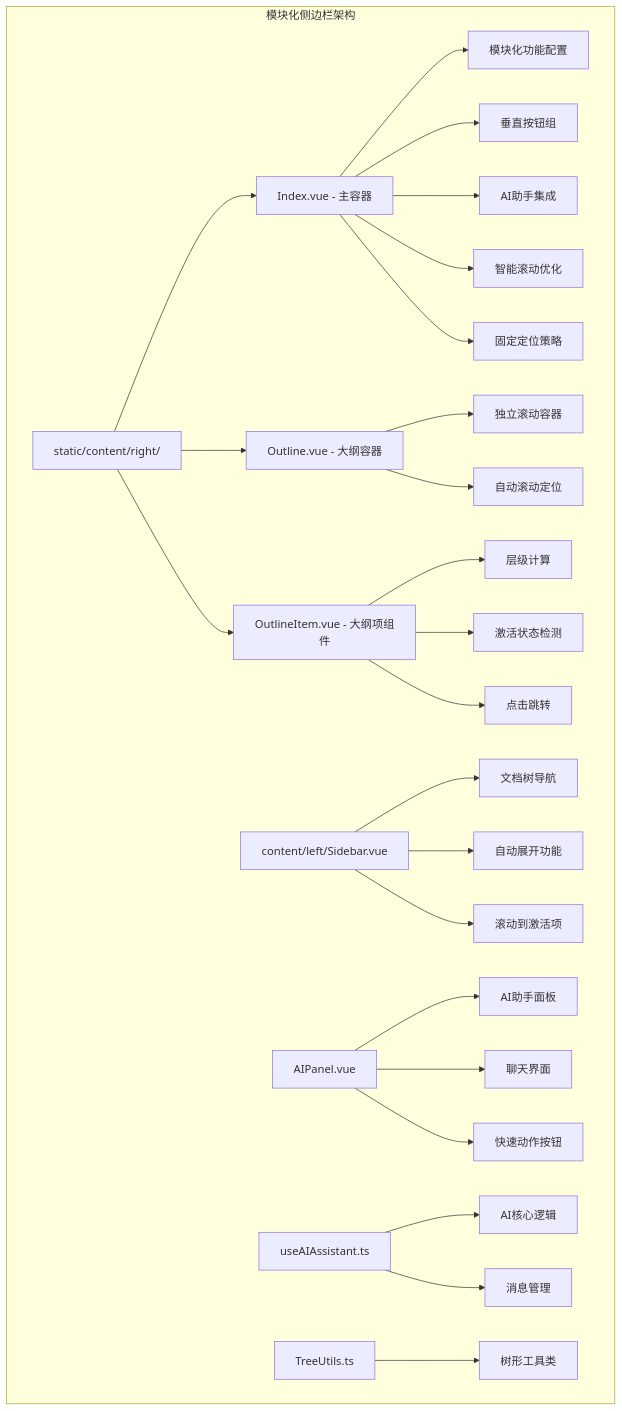
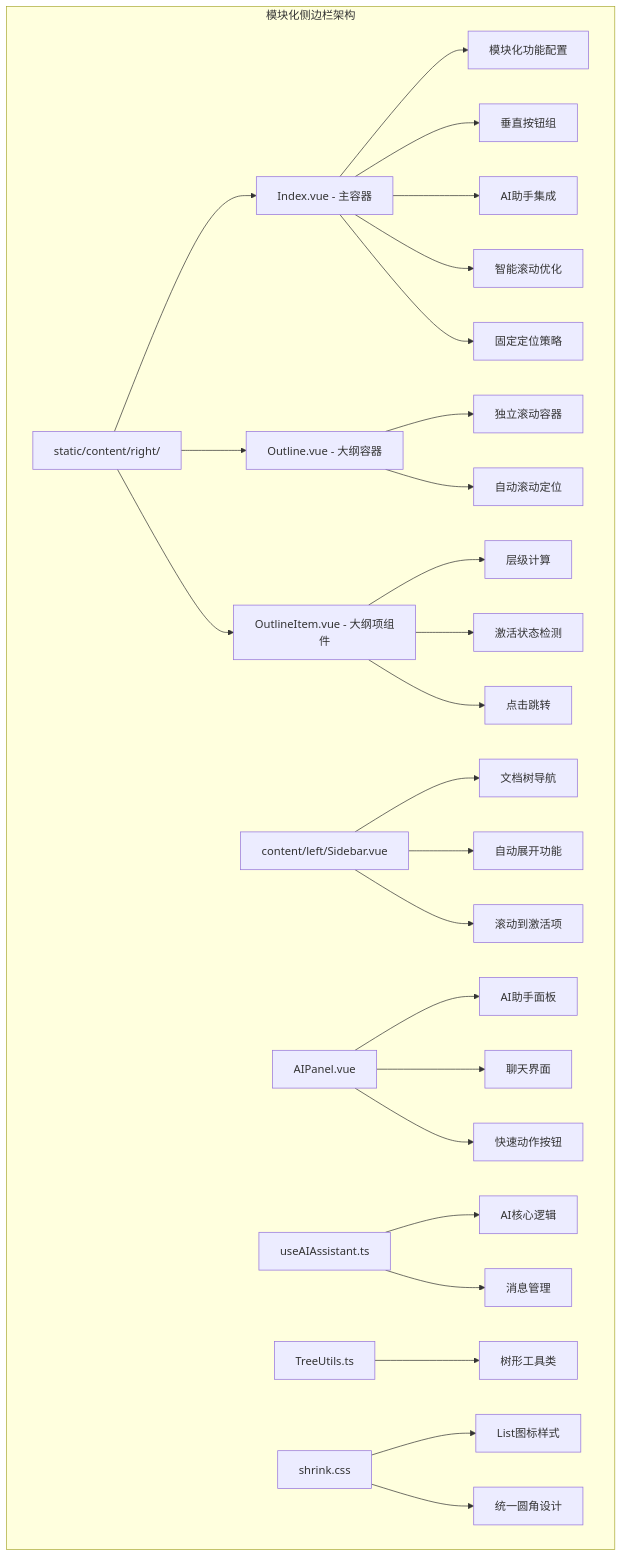
The first of 8 diagrams in .qoder/repowiki/zh/content/Outline System.md (terwer/siyuan-plugin-blog), drawn with Mermaid before and after one commit. The commit also changed other lines of this file and 3 other files, not shown here.

````diff
--- a/.qoder/repowiki/zh/content/Outline System.md
+++ b/.qoder/repowiki/zh/content/Outline System.md
@@ -63,27 +63,29 @@
 ```mermaid
 graph TB
 subgraph "模块化侧边栏架构"
 A[static/content/right/] --> B[Index.vue - 主容器]
 A --> C[Outline.vue - 大纲容器]
 A --> D[OutlineItem.vue - 大纲项组件]
 B --> E[模块化功能配置]
 B --> F[垂直按钮组]
 B --> G[AI助手集成]
 B --> H[智能滚动优化]
 B --> I[固定定位策略]
 C --> J[独立滚动容器]
 C --> K[自动滚动定位]
 D --> L[层级计算]
 D --> M[激活状态检测]
 D --> N[点击跳转]
 O[content/left/Sidebar.vue] --> P[文档树导航]
 O --> Q[自动展开功能]
 O --> R[滚动到激活项]
 S[AIPanel.vue] --> T[AI助手面板]
 S --> U[聊天界面]
 S --> V[快速动作按钮]
 W[useAIAssistant.ts] --> X[AI核心逻辑]
 W --> Y[消息管理]
 Z[TreeUtils.ts] --> AA[树形工具类]
+BB[shrink.css] --> CC[List图标样式]
+BB --> DD[统一圆角设计]
 end
 ```
````
